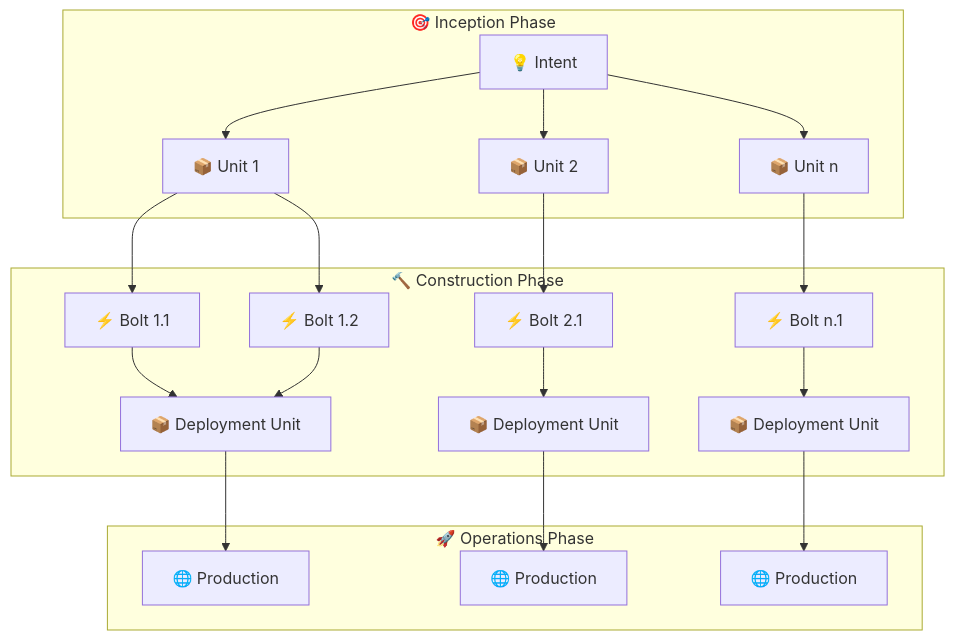
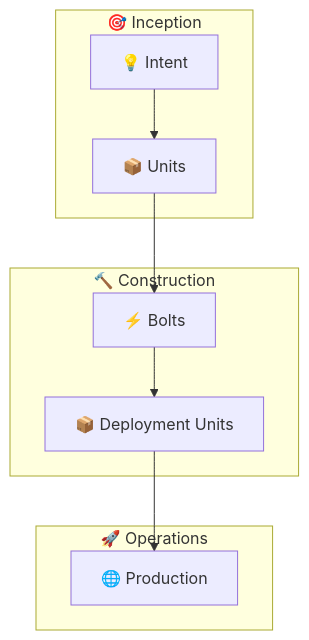
The seventh of 13 diagrams in website/content/papers/ai-dlc-2026.md (TheBushidoCollective/han), drawn with Mermaid before and after one commit. The commit also changed other lines of this file, not shown here.

First line of the commit message:
fix(website): narrow wide Mermaid diagrams in AI-DLC paper

````diff
--- a/website/content/papers/ai-dlc-2026.md
+++ b/website/content/papers/ai-dlc-2026.md
@@ -469,26 +473,16 @@
 ```mermaid
 graph TB
-    subgraph "🎯 Inception Phase"
-        I["💡 Intent"] --> U1["📦 Unit 1"]
-        I --> U2["📦 Unit 2"]
-        I --> Un["📦 Unit n"]
+    subgraph Inception["🎯 Inception"]
+        I["💡 Intent"]
+        I --> U["📦 Units"]
     end
 
-    subgraph "🔨 Construction Phase"
-        U1 --> B1["⚡ Bolt 1.1"]
-        U1 --> B2["⚡ Bolt 1.2"]
-        U2 --> B3["⚡ Bolt 2.1"]
-        Un --> Bn["⚡ Bolt n.1"]
-
-        B1 --> D1["📦 Deployment Unit"]
-        B2 --> D1
-        B3 --> D2["📦 Deployment Unit"]
-        Bn --> Dn["📦 Deployment Unit"]
+    subgraph Construction["🔨 Construction"]
+        U --> B["⚡ Bolts"]
+        B --> D["📦 Deployment Units"]
     end
 
-    subgraph "🚀 Operations Phase"
-        D1 --> P1["🌐 Production"]
-        D2 --> P2["🌐 Production"]
-        Dn --> Pn["🌐 Production"]
+    subgraph Operations["🚀 Operations"]
+        D --> P["🌐 Production"]
     end
 ```
````
